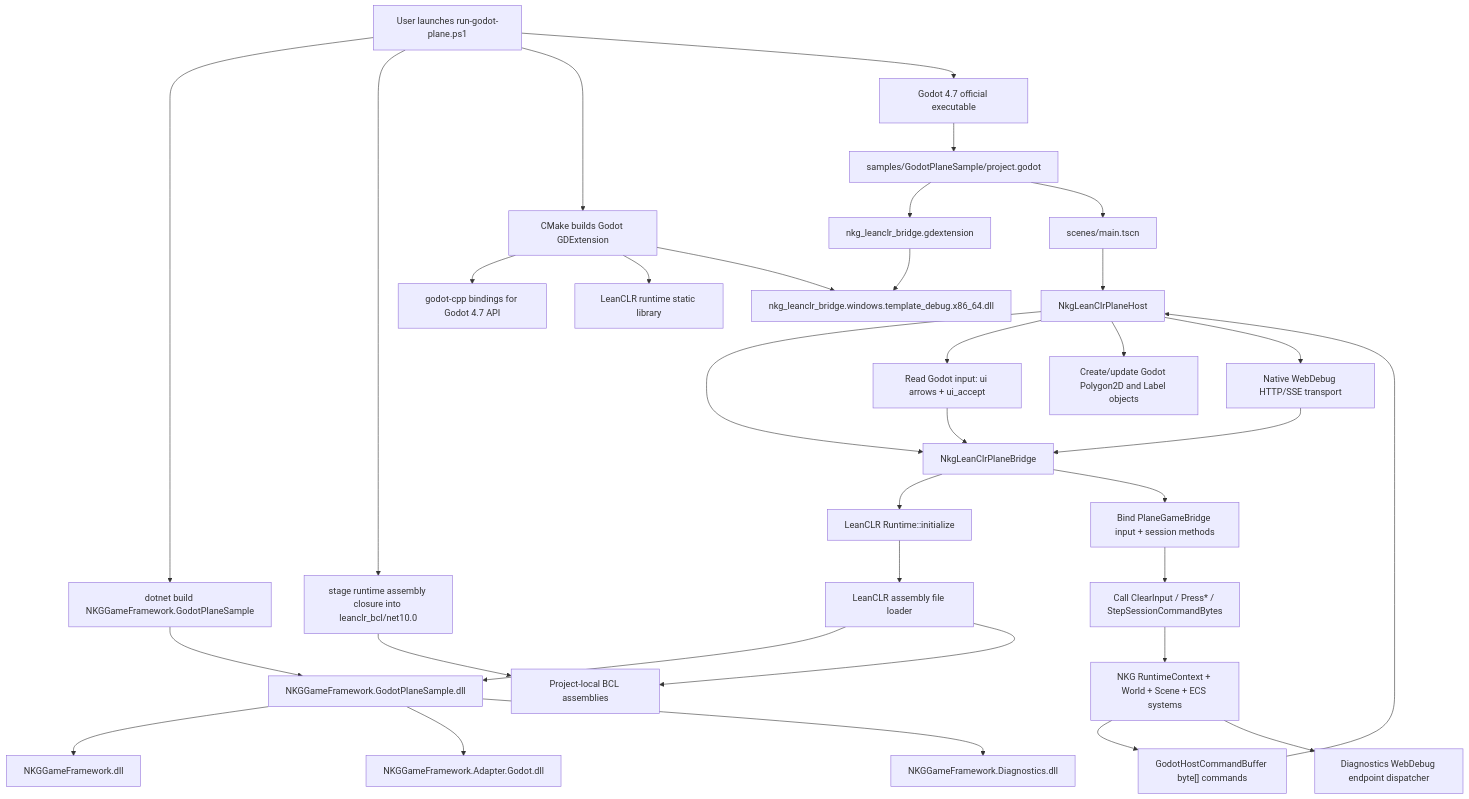
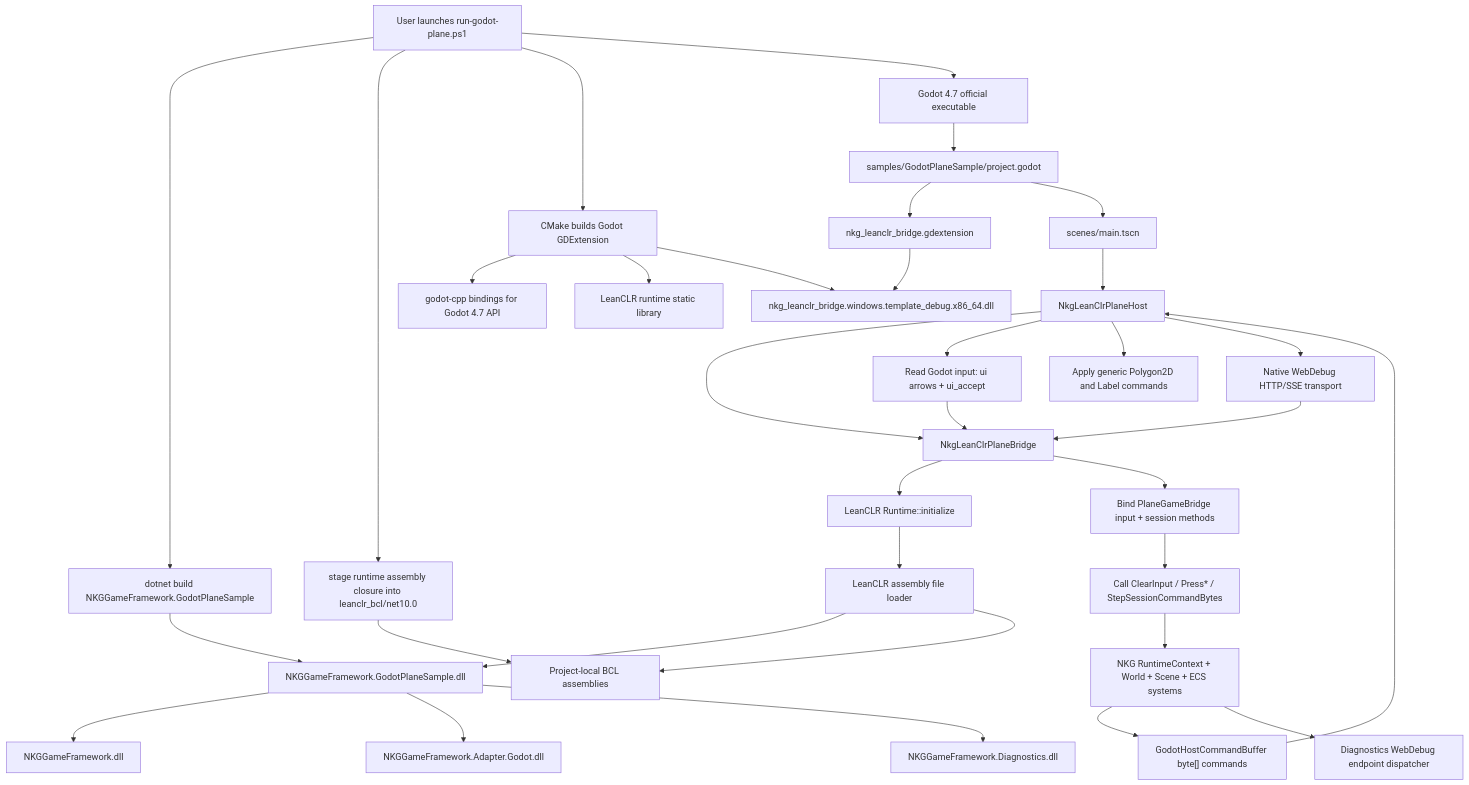
The first of 3 diagrams in docs/godot-leanclr-runtime-structure.md (wqaetly/NKGGameFramework), drawn with Mermaid before and after one commit. The commit also changed other lines of this file and 9 other files, not shown here.

````diff
--- a/docs/godot-leanclr-runtime-structure.md
+++ b/docs/godot-leanclr-runtime-structure.md
@@ -56,39 +56,39 @@
 ```mermaid
 flowchart TD
     User["User launches run-godot-plane.ps1"] --> BuildManaged["dotnet build NKGGameFramework.GodotPlaneSample"]
     User --> StageBcl["stage runtime assembly closure into leanclr_bcl/net10.0"]
     User --> BuildNative["CMake builds Godot GDExtension"]
     BuildNative --> GodotCpp["godot-cpp bindings for Godot 4.7 API"]
     BuildNative --> LeanClrLib["LeanCLR runtime static library"]
     BuildNative --> BridgeDll["nkg_leanclr_bridge.windows.template_debug.x86_64.dll"]
 
     BuildManaged --> ManagedDll["NKGGameFramework.GodotPlaneSample.dll"]
     ManagedDll --> CoreDll["NKGGameFramework.dll"]
     ManagedDll --> GodotContracts["NKGGameFramework.Adapter.Godot.dll"]
     ManagedDll --> DiagnosticsDll["NKGGameFramework.Diagnostics.dll"]
 
     User --> GodotExe["Godot 4.7 official executable"]
     GodotExe --> Project["samples/GodotPlaneSample/project.godot"]
     Project --> GDExtension["nkg_leanclr_bridge.gdextension"]
     GDExtension --> BridgeDll
 
     Project --> MainScene["scenes/main.tscn"]
     MainScene --> Host["NkgLeanClrPlaneHost"]
     Host --> Bridge["NkgLeanClrPlaneBridge"]
     Bridge --> InitRuntime["LeanCLR Runtime::initialize"]
     InitRuntime --> AssemblyLoader["LeanCLR assembly file loader"]
     AssemblyLoader --> ManagedDll
     StageBcl --> BclAssemblies["Project-local BCL assemblies"]
     AssemblyLoader --> BclAssemblies
     Bridge --> BindMethods["Bind PlaneGameBridge input + session methods"]
     Host --> Input["Read Godot input: ui arrows + ui_accept"]
     Input --> Bridge
     BindMethods --> ManagedStep["Call ClearInput / Press* / StepSessionCommandBytes"]
     ManagedStep --> NkgRuntime["NKG RuntimeContext + World + Scene + ECS systems"]
     NkgRuntime --> Snapshot["GodotHostCommandBuffer byte[] commands"]
     NkgRuntime --> DebugSnapshot["Diagnostics WebDebug endpoint dispatcher"]
     Snapshot --> Host
-    Host --> GodotObjects["Create/update Godot Polygon2D and Label objects"]
+    Host --> GodotObjects["Apply generic Polygon2D and Label commands"]
     Host --> NativeDebug["Native WebDebug HTTP/SSE transport"]
     NativeDebug --> Bridge
 ```
````
